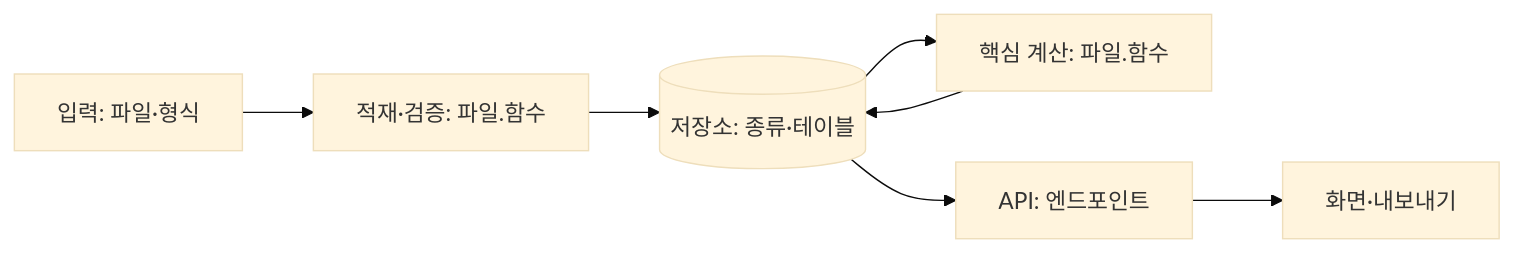
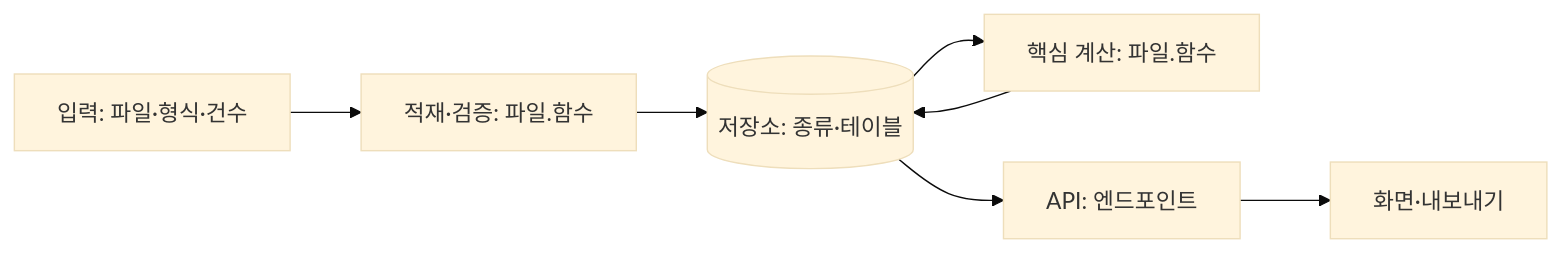
Before and after one commit to jungwon123/sk-ai-kit: the diagram in templates/DESIGN.md, drawn with Mermaid (base theme). The commit also changed other lines of this file and 8 other files, not shown here.

````diff
--- a/templates/DESIGN.md
+++ b/templates/DESIGN.md
@@ -14,6 +19,6 @@
 ```mermaid
 flowchart LR
-  SRC[입력: 파일·형식] --> LOAD[적재·검증: 파일.함수] --> STORE[(저장소: 종류·테이블)]
+  SRC[입력: 파일·형식·건수] --> LOAD[적재·검증: 파일.함수] --> STORE[(저장소: 종류·테이블)]
   STORE --> CORE[핵심 계산: 파일.함수] --> STORE
   STORE --> API[API: 엔드포인트] --> UI[화면·내보내기]
 ```
````
